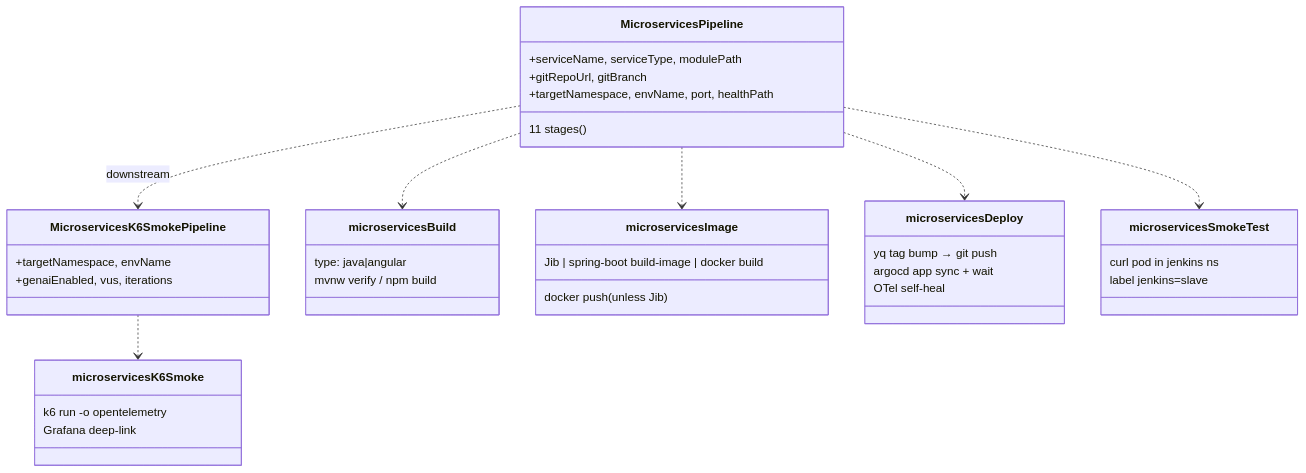
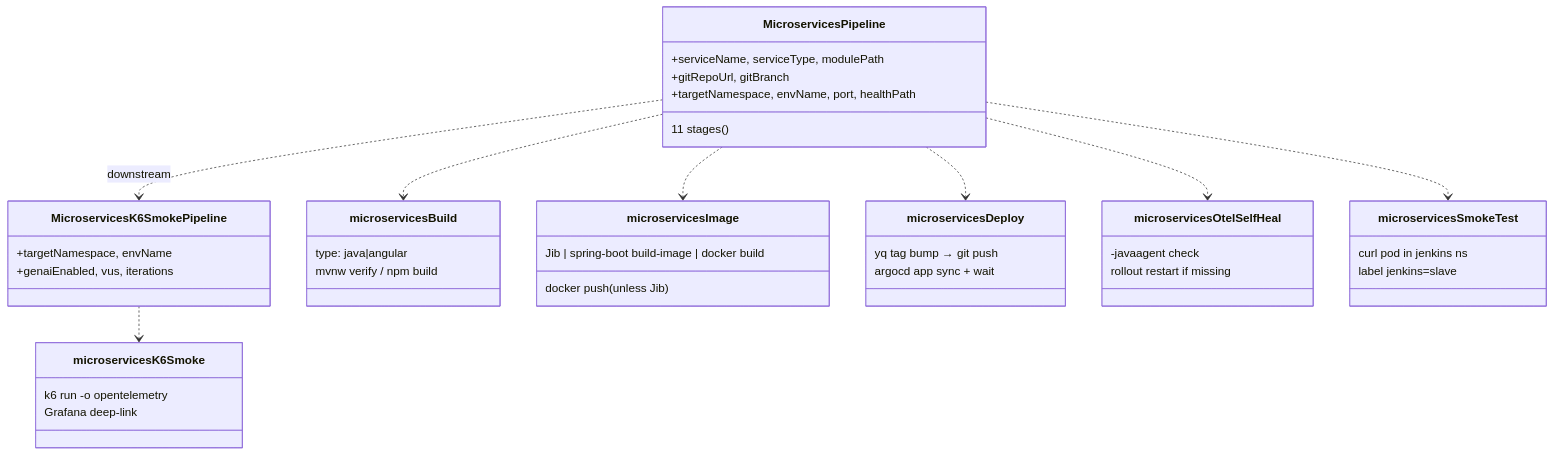
One commit to nubenetes/jenkins-2026 changed the tenth of 12 diagrams in docs/402-PIPELINES_AS_CODE.md. Above: the diagram before and after it, drawn with Mermaid. The commit also changed other lines of this file and 130 other files, not shown here.

````diff
--- a/docs/402-PIPELINES_AS_CODE.md
+++ b/docs/402-PIPELINES_AS_CODE.md
@@ -503,41 +506,45 @@
 ```mermaid
 classDiagram
   class MicroservicesPipeline {
     +serviceName, serviceType, modulePath
     +gitRepoUrl, gitBranch
     +targetNamespace, envName, port, healthPath
     11 stages()
   }
   class MicroservicesK6SmokePipeline {
     +targetNamespace, envName
     +genaiEnabled, vus, iterations
   }
   class microservicesBuild {
     type: java|angular
     mvnw verify / npm build
   }
   class microservicesImage {
     Jib | spring-boot build-image | docker build
     docker push (unless Jib)
   }
   class microservicesDeploy {
     yq tag bump → git push
     argocd app sync + wait
-    OTel self-heal
+  }
+  class microservicesOtelSelfHeal {
+    -javaagent check
+    rollout restart if missing
   }
   class microservicesSmokeTest {
     curl pod in jenkins ns
     label jenkins=slave
   }
   class microservicesK6Smoke {
     k6 run -o opentelemetry
     Grafana deep-link
   }
 
   MicroservicesPipeline ..> microservicesBuild
   MicroservicesPipeline ..> microservicesImage
   MicroservicesPipeline ..> microservicesDeploy
+  MicroservicesPipeline ..> microservicesOtelSelfHeal
   MicroservicesPipeline ..> microservicesSmokeTest
   MicroservicesPipeline ..> MicroservicesK6SmokePipeline : downstream
   MicroservicesK6SmokePipeline ..> microservicesK6Smoke
 ```
````
